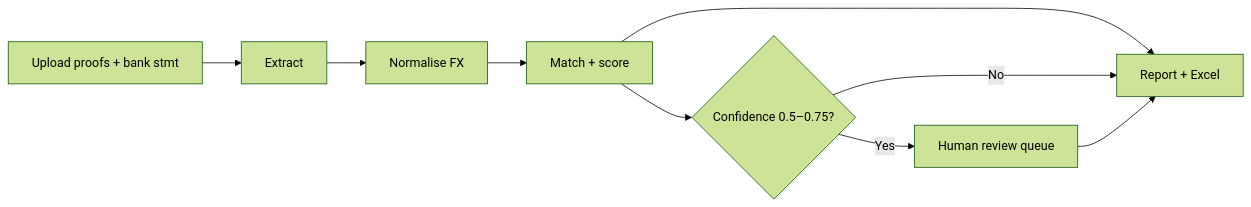
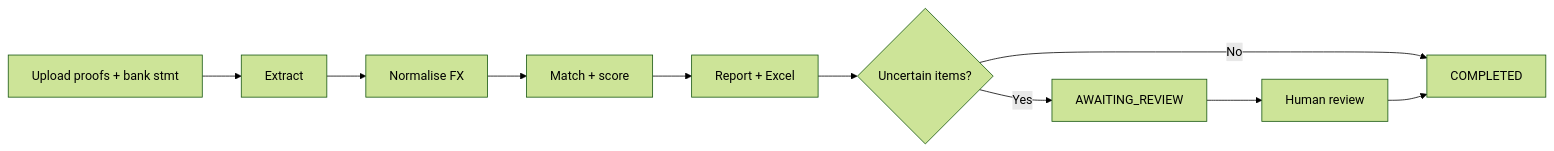
The diagram in docs/solution.md (adamchok/Aria), drawn with Mermaid (forest theme) before and after one commit. The commit also changed other lines of this file and 11 other files, not shown here.

````diff
--- a/docs/solution.md
+++ b/docs/solution.md
@@ -28,11 +29,12 @@
 ```mermaid
 flowchart LR
   U[Upload proofs + bank stmt] --> E[Extract]
   E --> N[Normalise FX]
   N --> M[Match + score]
   M --> R[Report + Excel]
-  M --> H{Confidence 0.5–0.75?}
-  H -->|Yes| Q[Human review queue]
-  H -->|No| R
-  Q --> R
+  R --> T{Uncertain items?}
+  T -->|Yes| Q[AWAITING_REVIEW]
+  T -->|No| D[COMPLETED]
+  Q --> H[Human review]
+  H --> D
 ```
````
